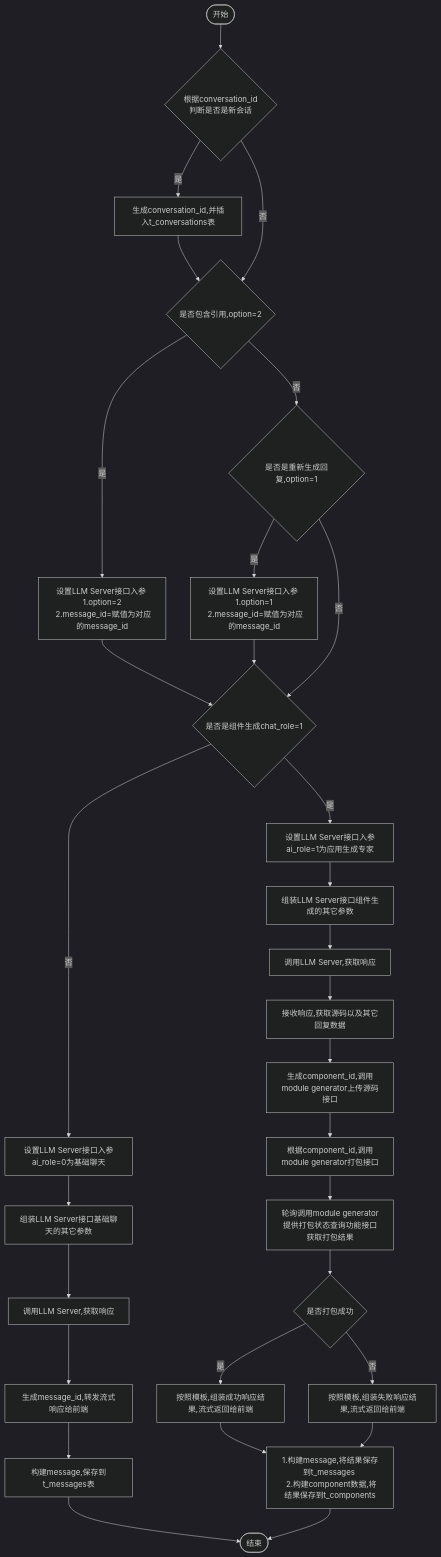
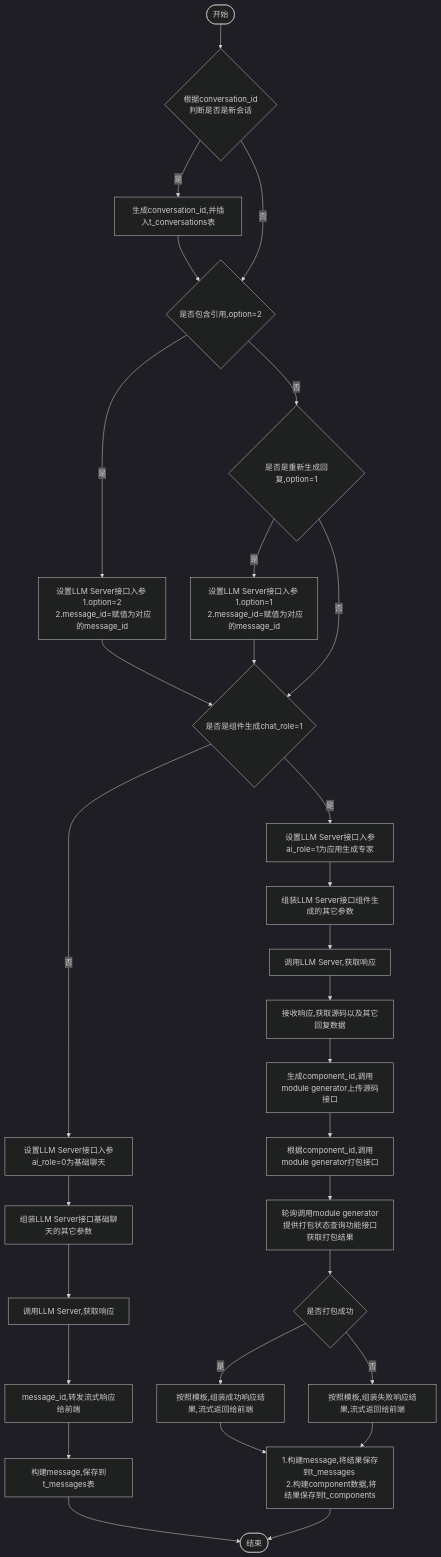
One commit to yingjianzh/iodraw-files changed the diagram in all/w3-会话-不需要传递message.md. Above: the diagram before and after it, drawn with Mermaid (dark theme).

Commit message:
2024-10-14 14:02:38 update

````diff
--- a/all/w3-会话-不需要传递message.md
+++ b/all/w3-会话-不需要传递message.md
@@ -1,36 +1,36 @@
 ```mermaid
 flowchart TD
     A([开始]) --> B{根据conversation_id \n 判断是否是新会话}
     B -- 是 --> C[生成conversation_id,并插入t_conversations表]
     C --> D
     B -- 否 --> D{是否包含引用,option=2}
     D -- 是 --> E[设置LLM Server接口入参 \n 1.option=2 \n 2.message_id=赋值为对应的message_id]
     D -- 否 --> F{是否是重新生成回复,option=1}
     F -- 是 --> G[设置LLM Server接口入参 \n 1.option=1 \n 2.message_id=赋值为对应的message_id]
     F -- 否 --> I
      
     E & G --> I{是否是组件生成chat_role=1}
     I -- 否 --> K[设置LLM Server接口入参ai_role=0为基础聊天]
     I -- 是 --> J[设置LLM Server接口入参ai_role=1为应用生成专家]
     
 
     J --> L[组装LLM Server接口组件生成的其它参数]    
     K --> M[组装LLM Server接口基础聊天的其它参数]    
     M --> N[调用LLM Server,获取响应]    
-    N --> O[生成message_id,转发流式响应给前端]
+    N --> O[message_id,转发流式响应给前端]
     O --> P[构建message,保存到t_messages表]
     P --> R([结束])
 
 
     L --> S[调用LLM Server,获取响应]
     S --> T[接收响应,获取源码以及其它回复数据]
     T --> U[生成component_id,调用module generator上传源码接口]
     U --> V[根据component_id,调用module generator打包接口]
     V --> W[轮询调用module generator提供打包状态查询功能接口获取打包结果]
     W --> X{是否打包成功}
     X -- 是 --> Y[按照模板,组装成功响应结果,流式返回给前端]
     X -- 否 --> Z[按照模板,组装失败响应结果,流式返回给前端]
 
     Y & Z --> Result[1.构建message,将结果保存到t_messages \n 2.构建component数据,将结果保存到t_components]
     Result --> R
 ```
````
